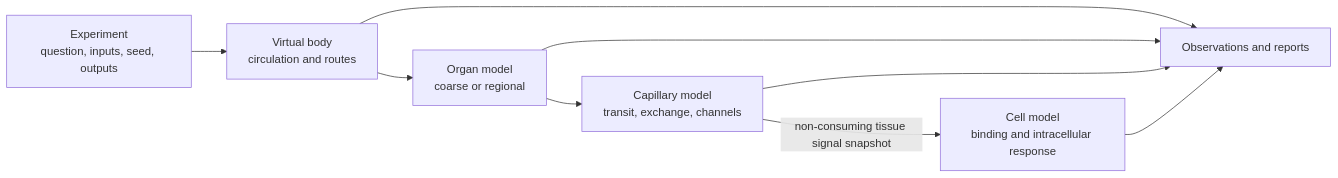
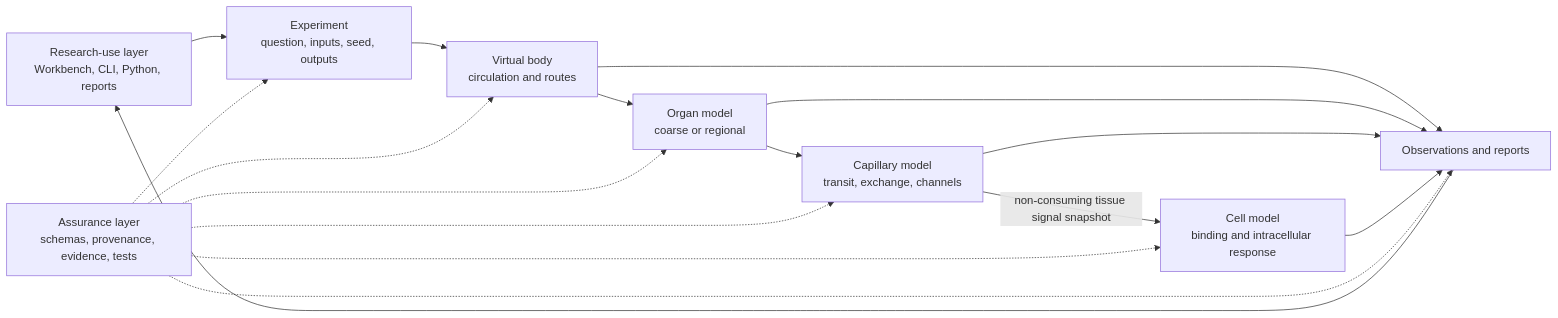
Before and after one commit to RegineWendt/MEHLISSA: the diagram in docs/USER_GUIDE.md, drawn with Mermaid. The commit also changed other lines of this file and 5 other files, not shown here.

````diff
--- a/docs/USER_GUIDE.md
+++ b/docs/USER_GUIDE.md
@@ -151,11 +166,19 @@
 ```mermaid
 flowchart LR
-    E[Experiment<br/>question, inputs, seed, outputs] --> B[Virtual body<br/>circulation and routes]
+    U[Research-use layer<br/>Workbench, CLI, Python, reports] --> E[Experiment<br/>question, inputs, seed, outputs]
+    E --> B[Virtual body<br/>circulation and routes]
     B --> O[Organ model<br/>coarse or regional]
     O --> C[Capillary model<br/>transit, exchange, channels]
     C -->|non-consuming tissue signal snapshot| L[Cell model<br/>binding and intracellular response]
     B --> R[Observations and reports]
     O --> R
     C --> R
     L --> R
+    R --> U
+    A[Assurance layer<br/>schemas, provenance, evidence, tests] -.-> E
+    A -.-> B
+    A -.-> O
+    A -.-> C
+    A -.-> L
+    A -.-> R
 ```
````
